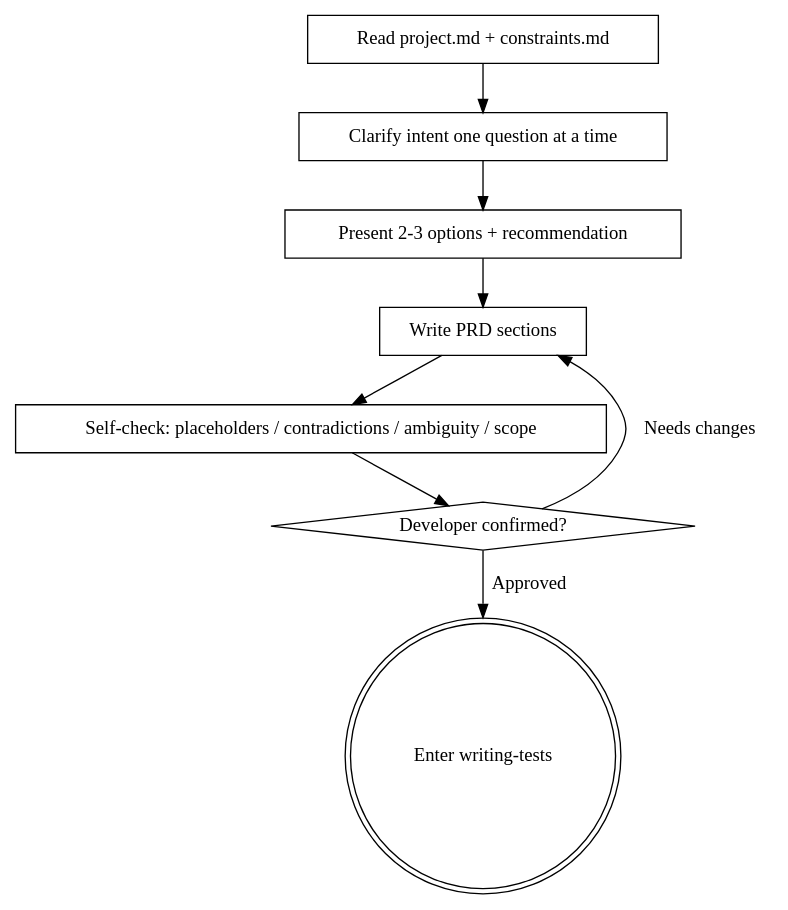
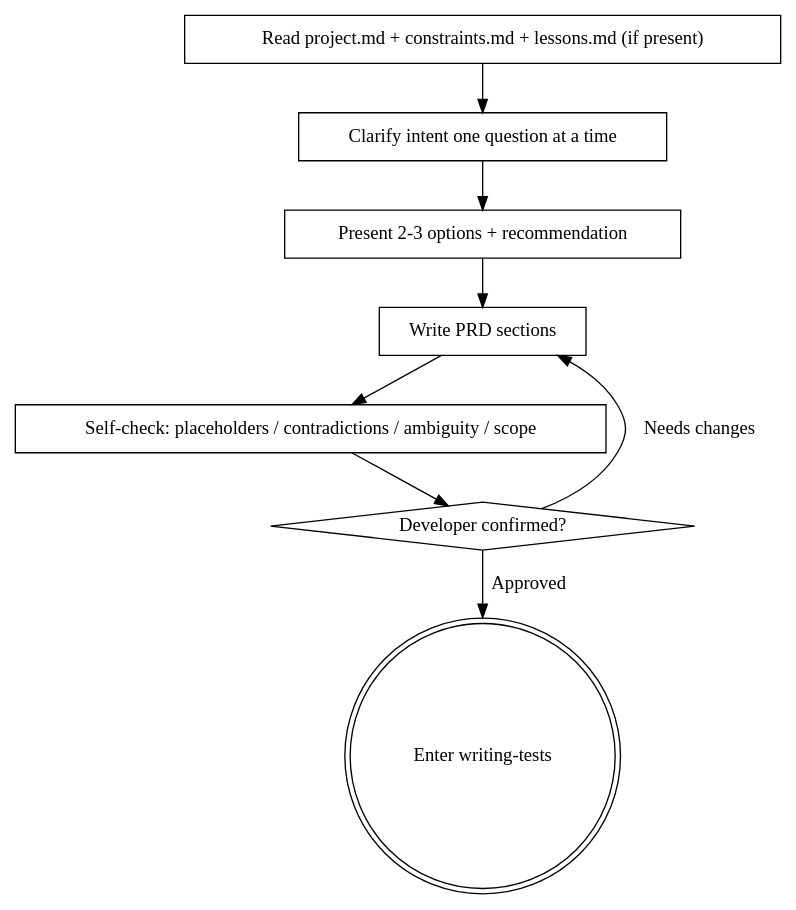
The diagram in locales/en/plugins/sandtable/skills/writing-prd/SKILL.md (andoop/sandtable), drawn with Graphviz before and after one commit. The commit also changed 169 other files, not shown here.

````diff
--- a/locales/en/plugins/sandtable/skills/writing-prd/SKILL.md
+++ b/locales/en/plugins/sandtable/skills/writing-prd/SKILL.md
@@ -20,15 +20,15 @@
 ```dot
 digraph prd {
-  "Read project.md + constraints.md" [shape=box];
+  "Read project.md + constraints.md + lessons.md (if present)" [shape=box];
   "Clarify intent one question at a time" [shape=box];
   "Present 2-3 options + recommendation" [shape=box];
   "Write PRD sections" [shape=box];
   "Self-check: placeholders / contradictions / ambiguity / scope" [shape=box];
   "Developer confirmed?" [shape=diamond];
   "Enter writing-tests" [shape=doublecircle];
 
-  "Read project.md + constraints.md" -> "Clarify intent one question at a time" -> "Present 2-3 options + recommendation" -> "Write PRD sections" -> "Self-check: placeholders / contradictions / ambiguity / scope" -> "Developer confirmed?";
+  "Read project.md + constraints.md + lessons.md (if present)" -> "Clarify intent one question at a time" -> "Present 2-3 options + recommendation" -> "Write PRD sections" -> "Self-check: placeholders / contradictions / ambiguity / scope" -> "Developer confirmed?";
   "Developer confirmed?" -> "Write PRD sections" [label="Needs changes"];
   "Developer confirmed?" -> "Enter writing-tests" [label="Approved"];
 }
 ```
````
